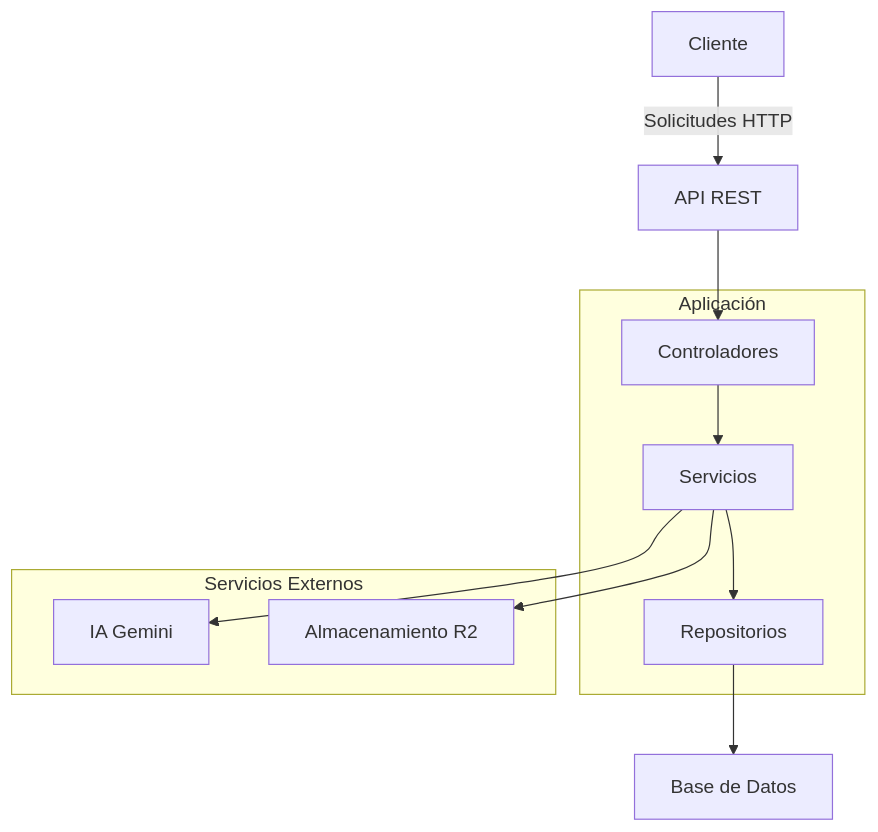
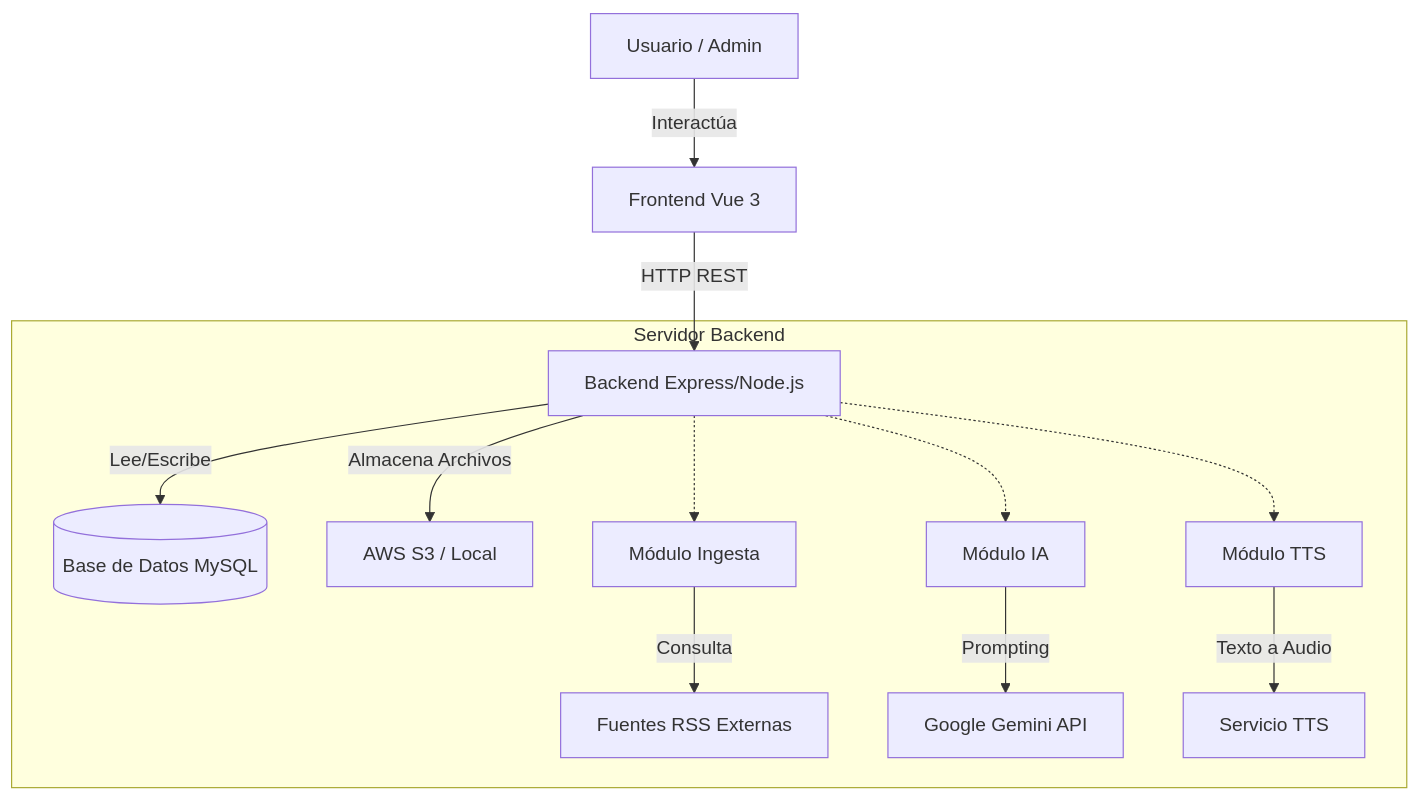
One commit to AbarcgDev/Noticiero-Finsus changed the second of 3 diagrams in README.md. Above: the diagram before and after it, drawn with Mermaid. The commit also changed other lines of this file, not shown here.

````diff
--- a/README.md
+++ b/README.md
@@ -17,21 +157,18 @@
 ```mermaid
 graph TD
-    A[Cliente] -->|Solicitudes HTTP| B[API REST]
-    B --> C[Controladores]
-    C --> D[Servicios]
-    D --> E[Repositorios]
-    D --> F[IA Gemini]
-    D --> G[Almacenamiento R2]
-    E --> H[Base de Datos]
+    User[Usuario / Admin] -->|Interactúa| Frontend[Frontend Vue 3]
+    Frontend -->|HTTP REST| Backend[Backend Express/Node.js]
     
-    subgraph Aplicación
-        C
-        D
-        E
+    subgraph "Servidor Backend"
+        Backend -->|Lee/Escribe| DB[(Base de Datos MySQL)]
+        Backend -->|Almacena Archivos| Storage[AWS S3 / Local]
+        
+        Ingestor[Módulo Ingesta] -->|Consulta| RSS[Fuentes RSS Externas]
+        Generator[Módulo IA] -->|Prompting| Gemini[Google Gemini API]
+        Synthesizer[Módulo TTS] -->|Texto a Audio| TTS_API[Servicio TTS]
     end
     
-    subgraph Servicios Externos
-        F
-        G
-    end
+    Backend -.-> Ingestor
+    Backend -.-> Generator
+    Backend -.-> Synthesizer
 ```
````
